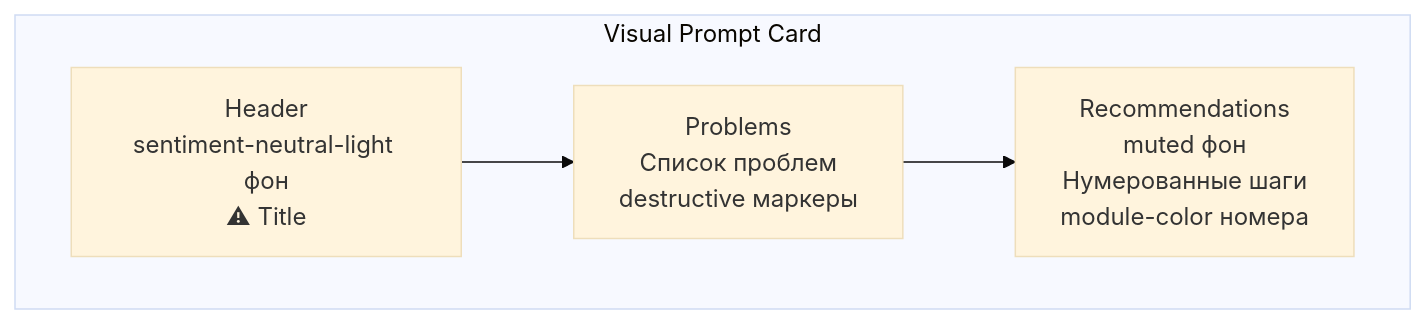
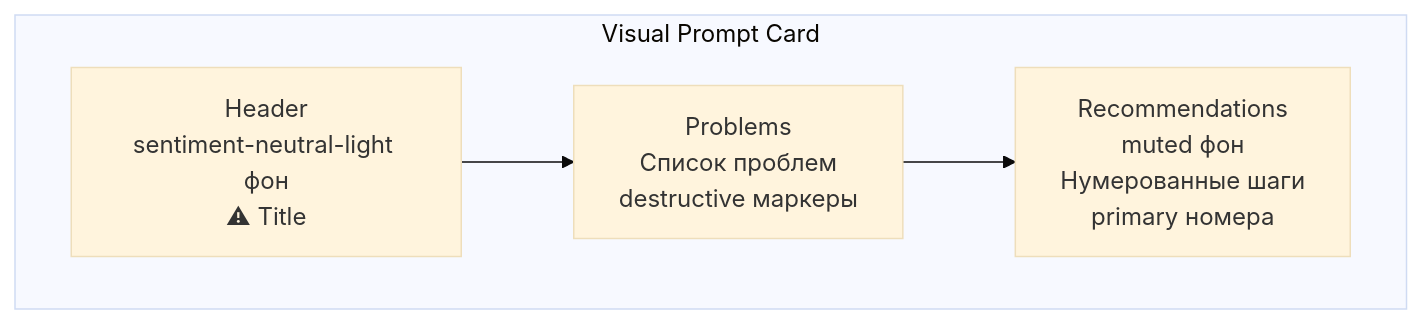
The seventh of 8 diagrams in ui/adolf_ui_4_layout_patterns.md (Sign25/Docs), drawn with Mermaid (base theme) before and after one commit. The commit also changed other lines of this file, not shown here.

Commit message:
refactor(ui): remove module colors, unify to --primary v1.1

````diff
--- a/ui/adolf_ui_4_layout_patterns.md
+++ b/ui/adolf_ui_4_layout_patterns.md
@@ -656,9 +656,9 @@
 ```mermaid
 flowchart TB
     subgraph VP["Visual Prompt Card"]
         HEADER2["Header<br/>sentiment-neutral-light фон<br/>⚠ Title"]
         PROBLEMS["Problems<br/>Список проблем<br/>destructive маркеры"]
-        RECS["Recommendations<br/>muted фон<br/>Нумерованные шаги<br/>module-color номера"]
+        RECS["Recommendations<br/>muted фон<br/>Нумерованные шаги<br/>primary номера"]
     end
     HEADER2 --> PROBLEMS --> RECS
 ```
````
